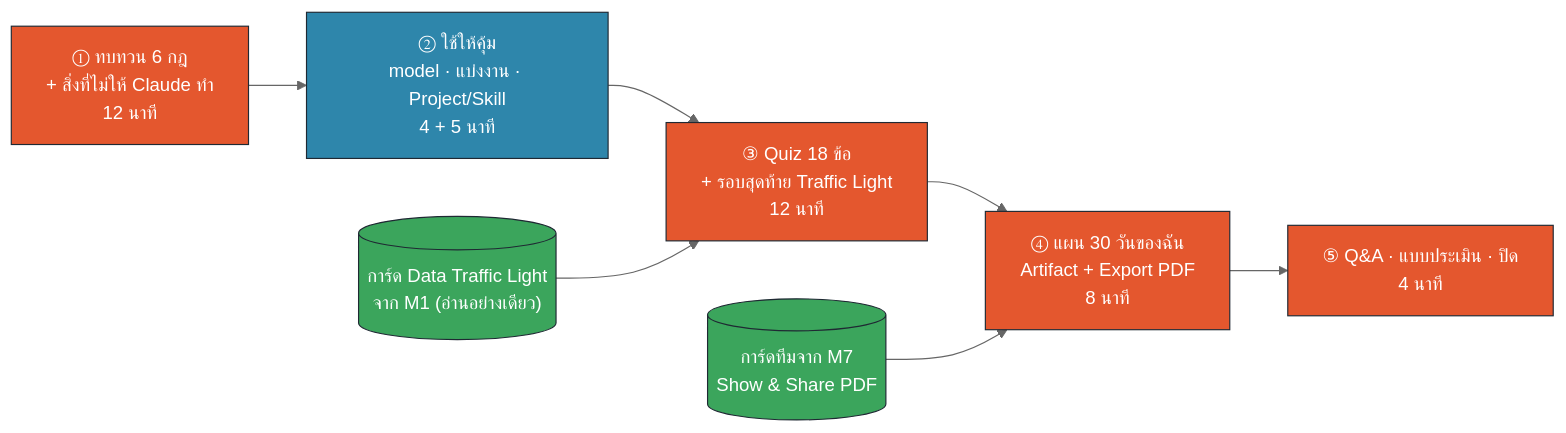
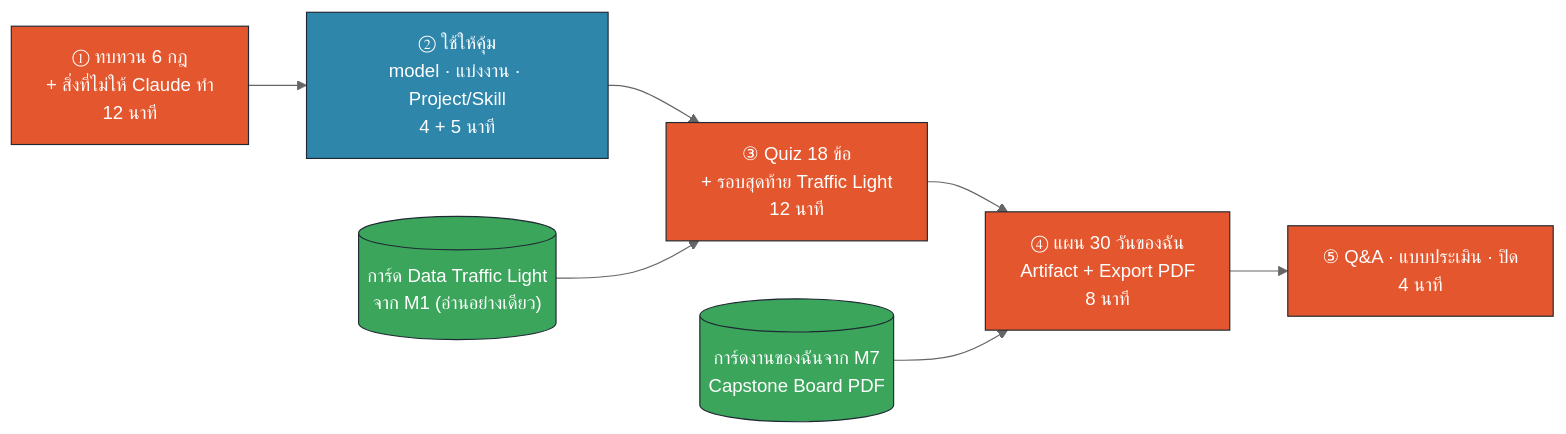
The first of 9 diagrams in materials/m8/slides.md (batprem/banpu-claude-course), drawn with Mermaid (neutral theme) before and after one commit. The commit also changed other lines of this file and 50 other files, not shown here.

````diff
--- a/materials/m8/slides.md
+++ b/materials/m8/slides.md
@@ -23,12 +23,12 @@
 ```mermaid
 flowchart LR
     R["① ทบทวน 6 กฎ<br/>+ สิ่งที่ไม่ให้ Claude ทำ<br/>12 นาที"]:::human --> U["② ใช้ให้คุ้ม<br/>model · แบ่งงาน · Project/Skill<br/>4 + 5 นาที"]:::ai
     U --> Q["③ Quiz 18 ข้อ<br/>+ รอบสุดท้าย Traffic Light<br/>12 นาที"]:::human
     C[("การ์ด Data Traffic Light<br/>จาก M1 (อ่านอย่างเดียว)")]:::data --> Q
     Q --> P["④ แผน 30 วันของฉัน<br/>Artifact + Export PDF<br/>8 นาที"]:::human
-    M7[("การ์ดทีมจาก M7<br/>Show & Share PDF")]:::data --> P
+    M7[("การ์ดงานของฉันจาก M7<br/>Capstone Board PDF")]:::data --> P
     P --> E["⑤ Q&A · แบบประเมิน · ปิด<br/>4 นาที"]:::human
     classDef human fill:#E4572E,color:#fff,stroke:#1F2933;
     classDef ai fill:#2E86AB,color:#fff,stroke:#1F2933;
     classDef data fill:#3BA55C,color:#fff,stroke:#1F2933;
 ```
````
